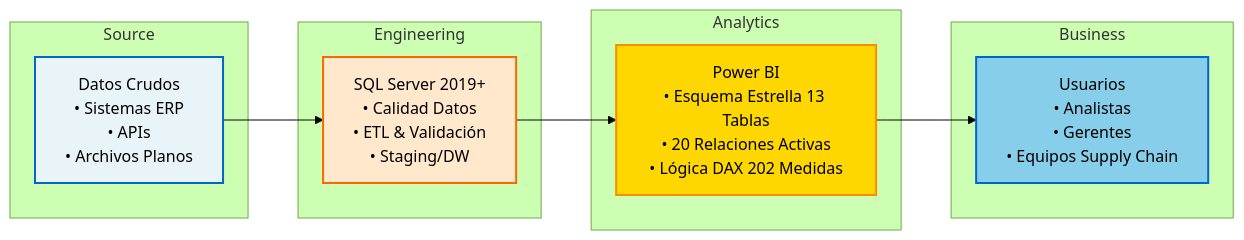
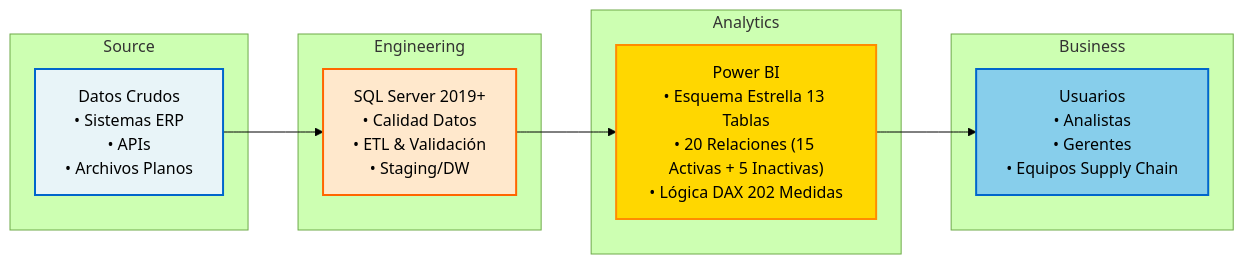
Before and after one commit to Data-Marc/pharma-logistics-bi: the diagram in README [ES].md, drawn with Mermaid (forest theme). The commit also changed other lines of this file and 2 other files, not shown here.

````diff
--- a/README [ES].md
+++ b/README [ES].md
@@ -44,27 +44,27 @@
 ```mermaid
 graph LR
     subgraph "Source"
     A["Datos Crudos<br/>• Sistemas ERP<br/>• APIs<br/>• Archivos Planos"]
     end
     
     subgraph "Engineering"
     B["SQL Server 2019+<br/>• Calidad Datos<br/>• ETL & Validación<br/>• Staging/DW"]
     end
     
     subgraph "Analytics"
-    C["Power BI<br/>• Esquema Estrella 13 Tablas<br/>• 20 Relaciones Activas<br/>• Lógica DAX 202 Medidas"]
+    C["Power BI<br/>• Esquema Estrella 13 Tablas<br/>• 20 Relaciones (15 Activas + 5 Inactivas)<br/>• Lógica DAX 202 Medidas"]
     end
     
     subgraph "Business"
     D["Usuarios<br/>• Analistas<br/>• Gerentes<br/>• Equipos Supply Chain"]
     end
 
     A --> B
     B --> C
     C --> D
     
     style A fill:#e8f4f8,stroke:#0066cc,stroke-width:2px,color:#000
     style B fill:#ffe8cc,stroke:#ff6600,stroke-width:2px,color:#000
     style C fill:#ffd700,stroke:#ff8c00,stroke-width:2px,color:#000
     style D fill:#87ceeb,stroke:#0066cc,stroke-width:2px,color:#000
 ```
````
